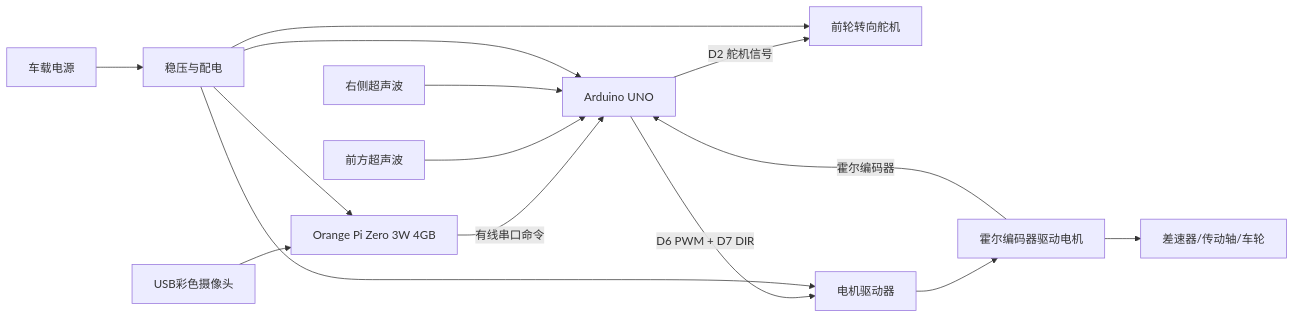
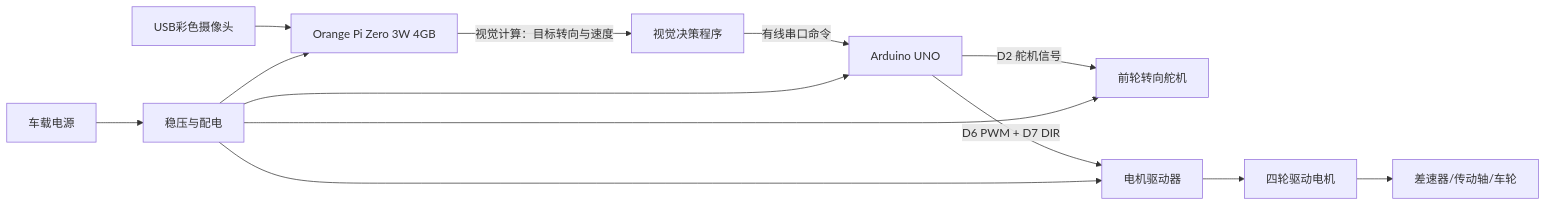
The first of 2 diagrams in README.md (chinaxueyuannew/wro2026-nanjingBSSN), drawn with Mermaid before and after one commit. The commit also changed other lines of this file and 20 other files, not shown here.

````diff
--- a/README.md
+++ b/README.md
@@ -97,17 +118,15 @@
 ```mermaid
 flowchart LR
   CAM[USB彩色摄像头] --> OPI[Orange Pi Zero 3W 4GB]
-  OPI -->|有线串口命令| MCU[Arduino UNO]
-  UF[前方超声波] --> MCU
-  UR[右侧超声波] --> MCU
-  MOTOR -->|霍尔编码器| MCU
+  OPI -->|视觉计算：目标转向与速度| PLAN[视觉决策程序]
+  PLAN -->|有线串口命令| MCU[Arduino UNO]
   MCU -->|D2 舵机信号| SERVO[前轮转向舵机]
   MCU -->|D6 PWM + D7 DIR| DRIVER[电机驱动器]
-  DRIVER --> MOTOR[霍尔编码器驱动电机]
+  DRIVER --> MOTOR[四轮驱动电机]
   MOTOR --> DRIVE[差速器/传动轴/车轮]
   BAT[车载电源] --> REG[稳压与配电]
   REG --> MCU
   REG --> OPI
   REG --> SERVO
   REG --> DRIVER
 ```
````
